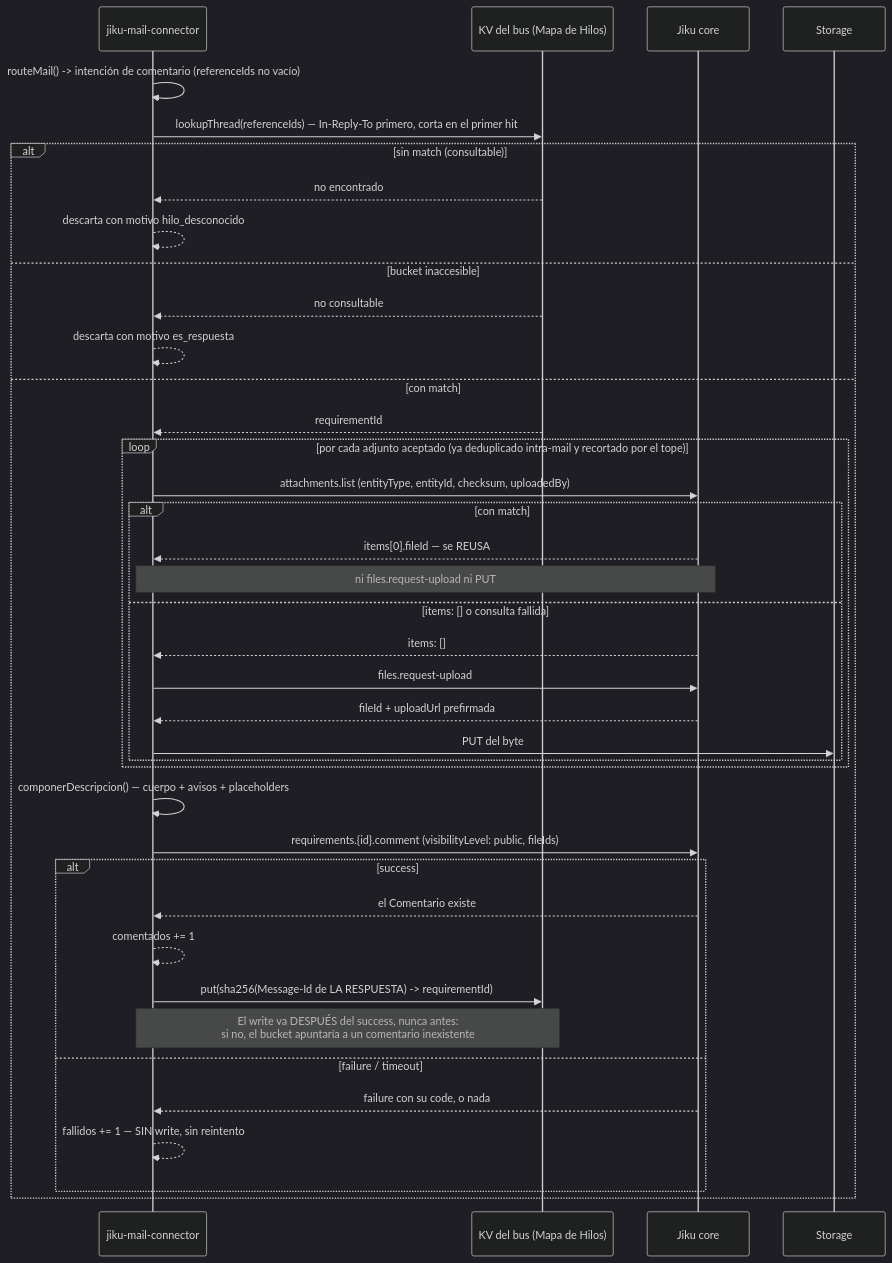
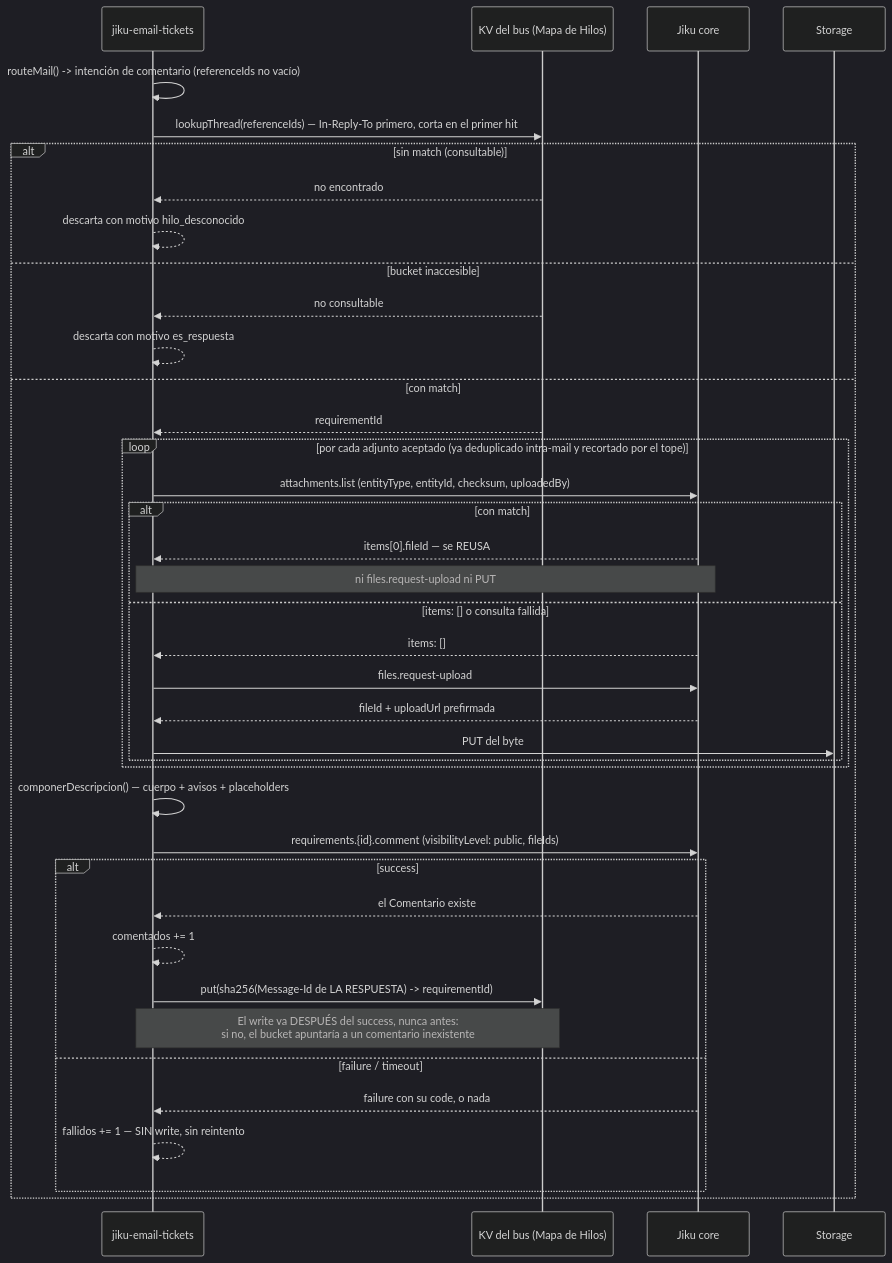
One commit to gravadigital/jiku-email-tickets changed the diagram in docs/flows/publicacion-requirements-comment.md. Above: the diagram before and after it, drawn with Mermaid (dark theme). The commit also changed other lines of this file and 155 other files, not shown here.

Commit message:
refactor(jiku-email-tickets): renombrar el servicio de jiku-mail-connector a jiku-email-tickets

````diff
--- a/docs/flows/publicacion-requirements-comment.md
+++ b/docs/flows/publicacion-requirements-comment.md
@@ -55,42 +55,42 @@
 ```mermaid
 sequenceDiagram
-    participant MC as jiku-mail-connector
+    participant MC as jiku-email-tickets
     participant KV as KV del bus (Mapa de Hilos)
     participant CORE as Jiku core
     participant S3 as Storage
 
     MC->>MC: routeMail() -> intención de comentario (referenceIds no vacío)
     MC->>KV: lookupThread(referenceIds) — In-Reply-To primero, corta en el primer hit
     alt sin match (consultable)
         KV-->>MC: no encontrado
         MC-->>MC: descarta con motivo hilo_desconocido
     else bucket inaccesible
         KV-->>MC: no consultable
         MC-->>MC: descarta con motivo es_respuesta
     else con match
         KV-->>MC: requirementId
         loop por cada adjunto aceptado (ya deduplicado intra-mail y recortado por el tope)
             MC->>CORE: attachments.list (entityType, entityId, checksum, uploadedBy)
             alt con match
                 CORE-->>MC: items[0].fileId — se REUSA
                 Note over MC,CORE: ni files.request-upload ni PUT
             else items: [] o consulta fallida
                 CORE-->>MC: items: []
                 MC->>CORE: files.request-upload
                 CORE-->>MC: fileId + uploadUrl prefirmada
                 MC->>S3: PUT del byte
             end
         end
         MC->>MC: componerDescripcion() — cuerpo + avisos + placeholders
         MC->>CORE: requirements.{id}.comment (visibilityLevel: public, fileIds)
         alt success
             CORE-->>MC: el Comentario existe
             MC-->>MC: comentados += 1
             MC->>KV: put(sha256(Message-Id de LA RESPUESTA) -> requirementId)
             Note over MC,KV: El write va DESPUÉS del success, nunca antes:<br/>si no, el bucket apuntaría a un comentario inexistente
         else failure / timeout
             CORE-->>MC: failure con su code, o nada
             MC-->>MC: fallidos += 1 — SIN write, sin reintento
         end
     end
 ```
````
